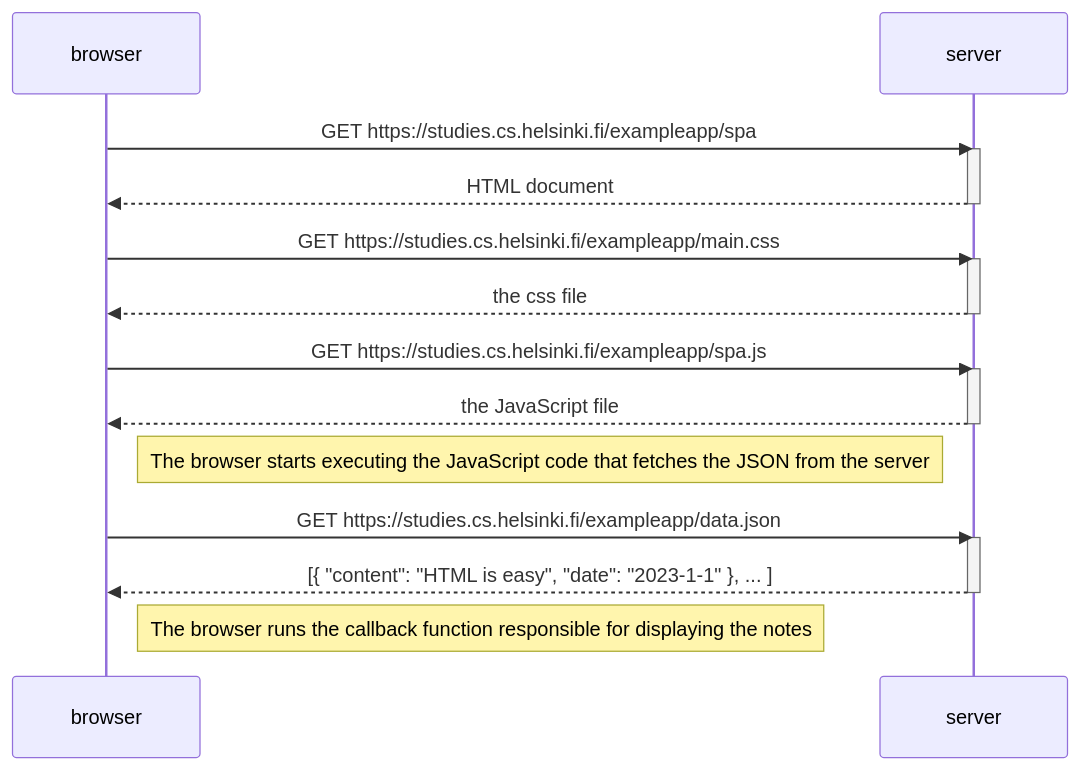
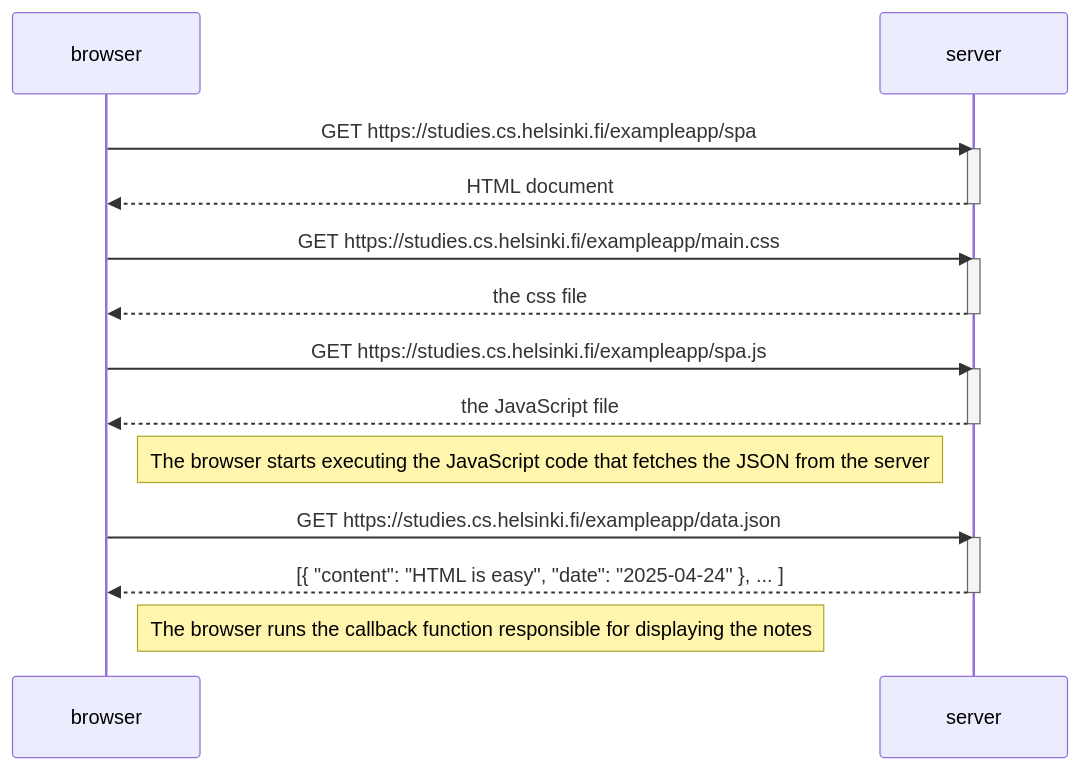
One commit to sloper00/FullstackOpen changed the diagram in part0/0.5_SinglePageApplicationDiagram.md. Above: the diagram before and after it, drawn with Mermaid.

````diff
--- a/part0/0.5_SinglePageApplicationDiagram.md
+++ b/part0/0.5_SinglePageApplicationDiagram.md
@@ -1,30 +1,30 @@
 ```mermaid
   sequenceDiagram
     participant browser
     participant server
 
     browser->>server: GET https://studies.cs.helsinki.fi/exampleapp/spa
     activate server
     server-->>browser: HTML document
     deactivate server
 
     browser->>server: GET https://studies.cs.helsinki.fi/exampleapp/main.css
     activate server
     server-->>browser: the css file
     deactivate server
 
     browser->>server: GET https://studies.cs.helsinki.fi/exampleapp/spa.js
     activate server
     server-->>browser: the JavaScript file
     deactivate server
 
     Note right of browser: The browser starts executing the JavaScript code that fetches the JSON from the server
 
     browser->>server: GET https://studies.cs.helsinki.fi/exampleapp/data.json
     activate server
-    server-->>browser: [{ "content": "HTML is easy", "date": "2023-1-1" }, ... ]
+    server-->>browser: [{ "content": "HTML is easy", "date": "2025-04-24" }, ... ]
     deactivate server
 
     Note right of browser: The browser runs the callback function responsible for displaying the notes
 
 ```
````
